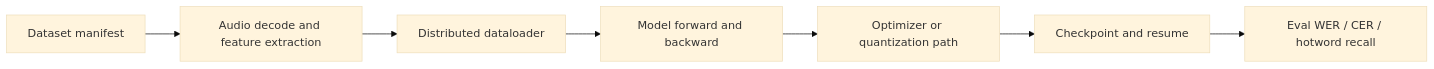
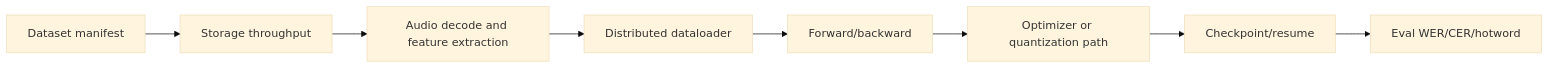
One commit to david-xinyuwei/david-share changed the second of 2 diagrams in Deep-Learning/Qwen3-ASR-Training-Inference-Validation-on-Azure/README.md. Above: the diagram before and after it, drawn with Mermaid (base theme). The commit also changed other lines of this file and 15 other files, not shown here.

````diff
--- a/Deep-Learning/Qwen3-ASR-Training-Inference-Validation-on-Azure/README.md
+++ b/Deep-Learning/Qwen3-ASR-Training-Inference-Validation-on-Azure/README.md
@@ -142,9 +220,10 @@
 ```mermaid
 flowchart LR
-      A[Dataset manifest] --> B[Audio decode and feature extraction]
-      B --> C[Distributed dataloader]
-      C --> D[Model forward and backward]
-      D --> E[Optimizer or quantization path]
-      E --> F[Checkpoint and resume]
-      F --> G[Eval WER / CER / hotword recall]
+    A[Dataset manifest] --> B[Storage throughput]
+    B --> C[Audio decode and feature extraction]
+    C --> D[Distributed dataloader]
+    D --> E[Forward/backward]
+    E --> F[Optimizer or quantization path]
+    F --> G[Checkpoint/resume]
+    G --> H[Eval WER/CER/hotword]
 ```
````
